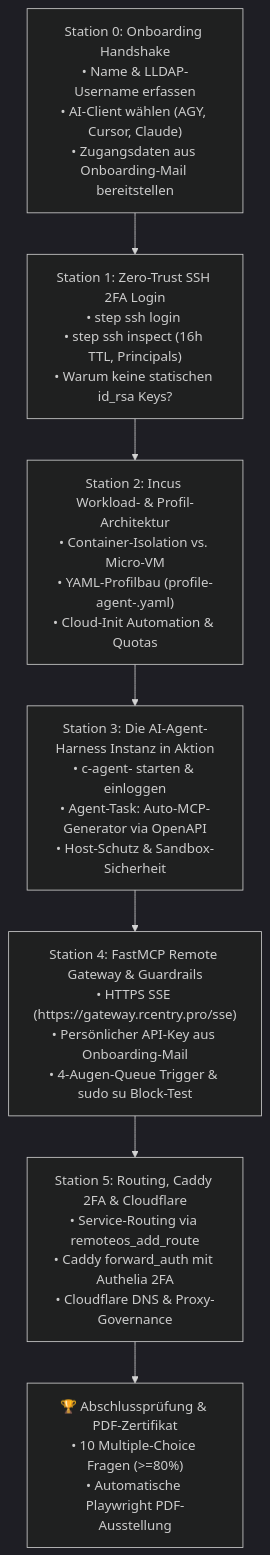
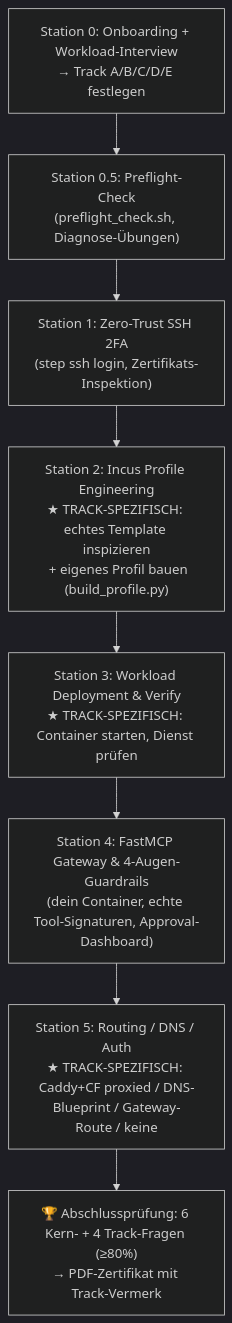
The diagram in skills/bdbsaastraining/SKILL.md (hybridlabor-api/bdb-dev-optimized-agent-skills), drawn with Mermaid (dark theme) before and after one commit. The commit also changed other lines of this file and 13 other files, not shown here.

````diff
--- a/skills/bdbsaastraining/SKILL.md
+++ b/skills/bdbsaastraining/SKILL.md
@@ -26,18 +98,13 @@
 ```mermaid
 flowchart TD
-    S0["Station 0: Onboarding Handshake\n• Name & LLDAP-Username erfassen\n• AI-Client wählen (AGY, Cursor, Claude)\n• Zugangsdaten aus Onboarding-Mail bereitstellen"]
-    
-    S1["Station 1: Zero-Trust SSH 2FA Login\n• step ssh login <TRAINEE_USER>\n• step ssh inspect (16h TTL, Principals)\n• Warum keine statischen id_rsa Keys?"]
-    
-    S2["Station 2: Incus Workload- & Profil-Architektur\n• Container-Isolation vs. Micro-VM\n• YAML-Profilbau (profile-agent-<USER>.yaml)\n• Cloud-Init Automation & Quotas"]
-    
-    S3["Station 3: Die AI-Agent-Harness Instanz in Aktion\n• c-agent-<USER> starten & einloggen\n• Agent-Task: Auto-MCP-Generator via OpenAPI\n• Host-Schutz & Sandbox-Sicherheit"]
-    
-    S4["Station 4: FastMCP Remote Gateway & Guardrails\n• HTTPS SSE (https://gateway.rcentry.pro/sse)\n• Persönlicher API-Key aus Onboarding-Mail\n• 4-Augen-Queue Trigger & sudo su Block-Test"]
-    
-    S5["Station 5: Routing, Caddy 2FA & Cloudflare\n• Service-Routing via remoteos_add_route\n• Caddy forward_auth mit Authelia 2FA\n• Cloudflare DNS & Proxy-Governance"]
+    S0["Station 0: Onboarding + Workload-Interview\n→ Track A/B/C/D/E festlegen"]
+    S05["Station 0.5: Preflight-Check\n(preflight_check.sh, Diagnose-Übungen)"]
+    S1["Station 1: Zero-Trust SSH 2FA\n(step ssh login, Zertifikats-Inspektion)"]
+    S2["Station 2: Incus Profile Engineering\n★ TRACK-SPEZIFISCH: echtes Template inspizieren\n  + eigenes Profil bauen (build_profile.py)"]
+    S3["Station 3: Workload Deployment & Verify\n★ TRACK-SPEZIFISCH: Container starten, Dienst prüfen"]
+    S4["Station 4: FastMCP Gateway & 4-Augen-Guardrails\n(dein Container, echte Tool-Signaturen, Approval-Dashboard)"]
+    S5["Station 5: Routing / DNS / Auth\n★ TRACK-SPEZIFISCH: Caddy+CF proxied / DNS-Blueprint / Gateway-Route / keine"]
+    CERT["🏆 Abschlussprüfung: 6 Kern- + 4 Track-Fragen (≥80%)\n→ PDF-Zertifikat mit Track-Vermerk"]
 
-    CERT["🏆 Abschlussprüfung & PDF-Zertifikat\n• 10 Multiple-Choice Fragen (>=80%)\n• Automatische Playwright PDF-Ausstellung"]
-
-    S0 --> S1 --> S2 --> S3 --> S4 --> S5 --> CERT
+    S0 --> S05 --> S1 --> S2 --> S3 --> S4 --> S5 --> CERT
 ```
````
